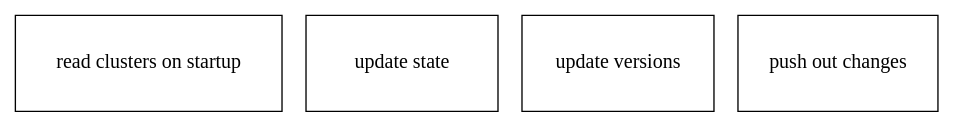
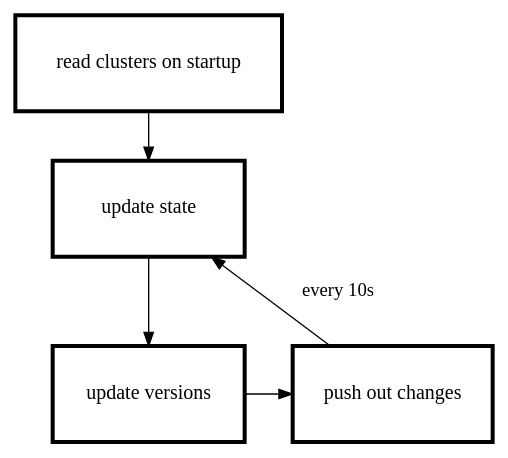
One commit to miekg/kubeadam changed the diagram in xds-bin.dot. Above: the diagram before and after it, drawn with Graphviz. The commit also changed 2 other files, not shown here.

Commit message:
Add more graphs and more text

```diff
--- a/xds-bin.dot
+++ b/xds-bin.dot
@@ -1,29 +1,12 @@
-digraph g1 {
-  graph [splines=false];
+digraph xds_bin {
+  node[fontsize=15, color = black, shape = box, width=2, height=1] ;
+  a[label="read clusters on startup", group="1",penwidth=3];
+  b[label="update state",penwidth=3];
+  c[label="update versions",penwidth=3];
+  d[label="push out changes",penwidth=3] ;
+  {rank =same; c[group=2]; d[group=2]}
 
-  // invisible nodes
-//  node[ shape = point, width=0, height=0] ;
-//  i1 [ style="invis"];
-//  i2 [ style="invis"];
-//  i3 [ style="invis"];
-//  i4 [ style="invis"];
+  a->b->c->d;
 
-  node[fontsize=15, color = black, shape = box, width=2, height=1] ;
-  a[label="read clusters on startup" pos="0,0!"];
-  b[label="update state" pos="0,1!"];
-  c[label="update versions "];
-  d[label="push out changes"] ;
-
-//  d:s -> b:s[label=" ~every 10s\n\n",minlen=7, constraint=false];
-
-//  c -> i1[arrowhead=none];
-//  i1 -> d[label="  ~every 10s\n\n"];
-//  d -> i2[arrowhead=none];
-//
-
-//  b -> i4[style="invis"];
-//  i4 -> i3[arrowhead=none];
-
-//  {rank=same; i4 -> i1};
-
+  d->b[label="every 10s\n\n",constraint=false];
 }
```
